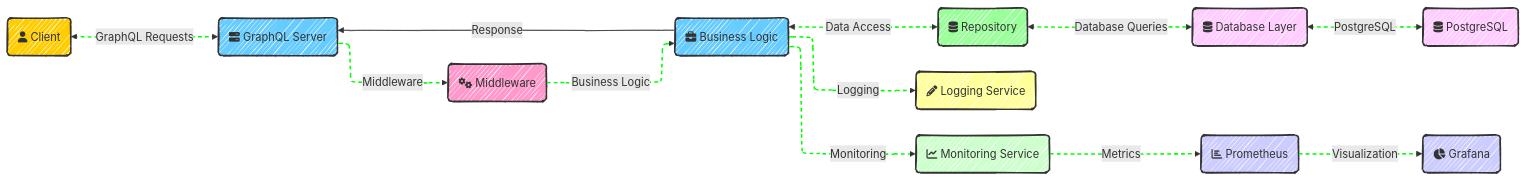
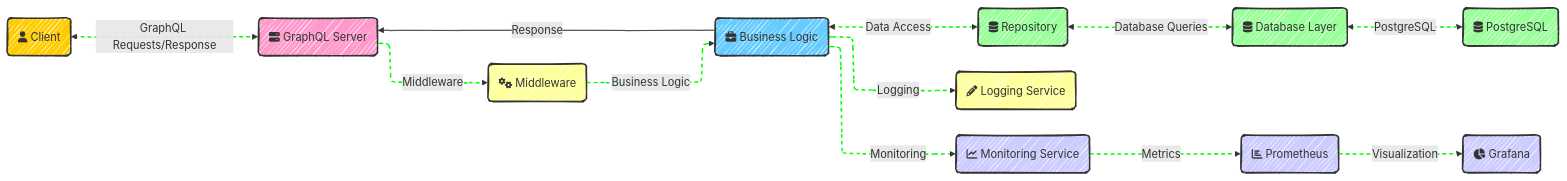
The diagram in README.md (shennawardana23/graphql-pba), drawn with Mermaid before and after one commit.

Commit message:
fix: readme mermaid styling

````diff
--- a/README.md
+++ b/README.md
@@ -7,58 +7,58 @@
 ```mermaid
 ---
 config:
   look: handDrawn
   layout: elk
 ---
 flowchart LR
     %% Nodes with Icons
     Client("fa:fa-user Client")
     GraphQL_Server("fa:fa-server GraphQL Server")
     Middleware("fa:fa-cogs Middleware")
     Business_Logic("fa:fa-briefcase Business Logic")
     Repository("fa:fa-database Repository")
     Database_Layer("fa:fa-database Database Layer")
     PostgreSQL("fa:fa-database PostgreSQL")
     Logging_Service("fa:fa-pencil-alt Logging Service")
     Monitoring_Service("fa:fa-chart-line Monitoring Service")
     Prometheus("fa:fa-chart-bar Prometheus")
     Grafana("fa:fa-chart-pie Grafana")
 
     %% Edge connections between nodes
-    Client <-->|GraphQL Requests| GraphQL_Server
+    Client <-->|GraphQL Requests/Response| GraphQL_Server
     GraphQL_Server -->|Middleware| Middleware
     Middleware -->|Business Logic| Business_Logic
     Business_Logic <--> |Data Access| Repository
     Repository <--> |Database Queries| Database_Layer
     Database_Layer <--> |PostgreSQL| PostgreSQL
     Business_Logic -->|Logging| Logging_Service
     Business_Logic -->|Monitoring| Monitoring_Service
     Monitoring_Service -->|Metrics| Prometheus
     Prometheus -->|Visualization| Grafana
     Business_Logic -->|Response| GraphQL_Server
 
     %% Individual node styling
     style Client fill:#ffcc00,stroke:#333,stroke-width:2px;
-    style GraphQL_Server fill:#66ccff,stroke:#333,stroke-width:2px;
-    style Middleware fill:#ff99cc,stroke:#333,stroke-width:2px;
+    style GraphQL_Server fill:#ff99cc,stroke:#333,stroke-width:2px;
+    style Middleware fill:#ffff99,stroke:#333,stroke-width:2px;
     style Business_Logic fill:#66ccff,stroke:#333,stroke-width:2px;
     style Repository fill:#99ff99,stroke:#333,stroke-width:2px;
-    style Database_Layer fill:#ffccff,stroke:#333,stroke-width:2px;
-    style PostgreSQL fill:#ffccff,stroke:#333,stroke-width:2px;
+    style Database_Layer fill:#99ff99,stroke:#333,stroke-width:2px;
+    style PostgreSQL fill:#99ff99,stroke:#333,stroke-width:2px;
     style Logging_Service fill:#ffff99,stroke:#333,stroke-width:2px;
-    style Monitoring_Service fill:#ccffcc,stroke:#333,stroke-width:2px;
+    style Monitoring_Service fill:#ccccff,stroke:#333,stroke-width:2px;
     style Prometheus fill:#ccccff,stroke:#333,stroke-width:2px;
     style Grafana fill:#ccccff,stroke:#333,stroke-width:2px;
 
     %% Animations
     linkStyle 0 stroke:#00ff00,stroke-width:2px,stroke-dasharray: 5, 5;
     linkStyle 1 stroke:#00ff00,stroke-width:2px,stroke-dasharray: 5, 5;
     linkStyle 2 stroke:#00ff00,stroke-width:2px,stroke-dasharray: 5, 5;
     linkStyle 3 stroke:#00ff00,stroke-width:2px,stroke-dasharray: 5, 5;
     linkStyle 4 stroke:#00ff00,stroke-width:2px,stroke-dasharray: 5, 5;
     linkStyle 5 stroke:#00ff00,stroke-width:2px,stroke-dasharray: 5, 5;
     linkStyle 6 stroke:#00ff00,stroke-width:2px,stroke-dasharray: 5, 5;
     linkStyle 7 stroke:#00ff00,stroke-width:2px,stroke-dasharray: 5, 5;
     linkStyle 8 stroke:#00ff00,stroke-width:2px,stroke-dasharray: 5, 5;
     linkStyle 9 stroke:#00ff00,stroke-width:2px,stroke-dasharray: 5, 5;
 ```
````
